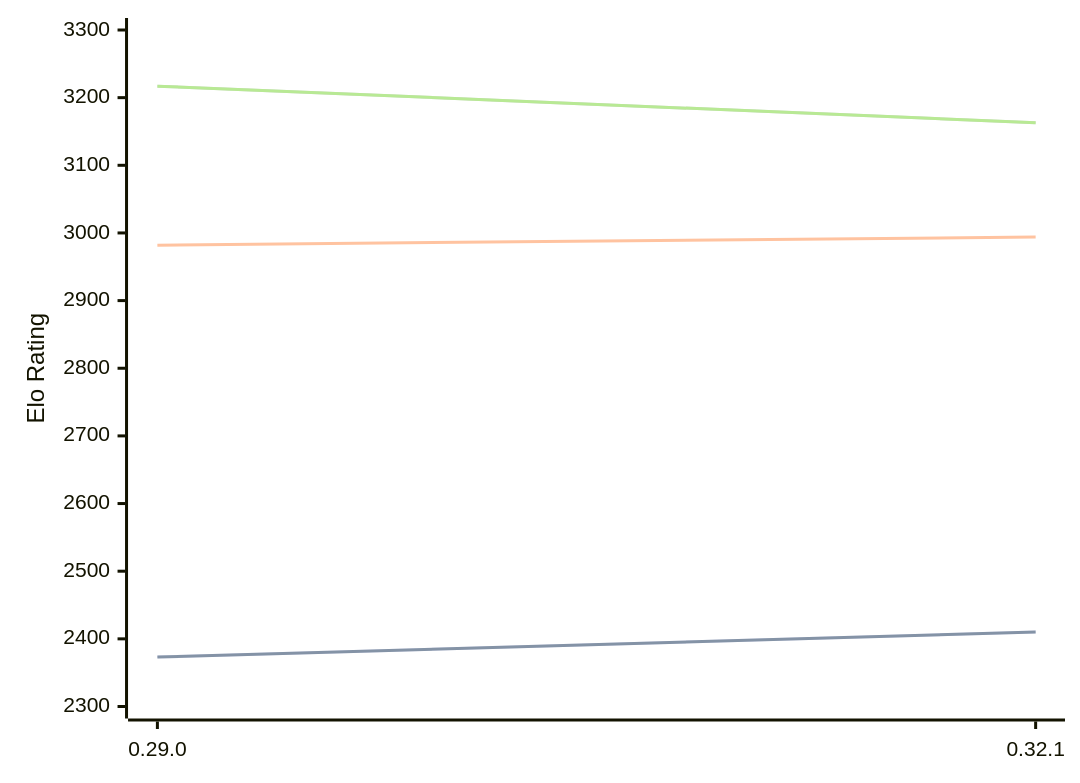
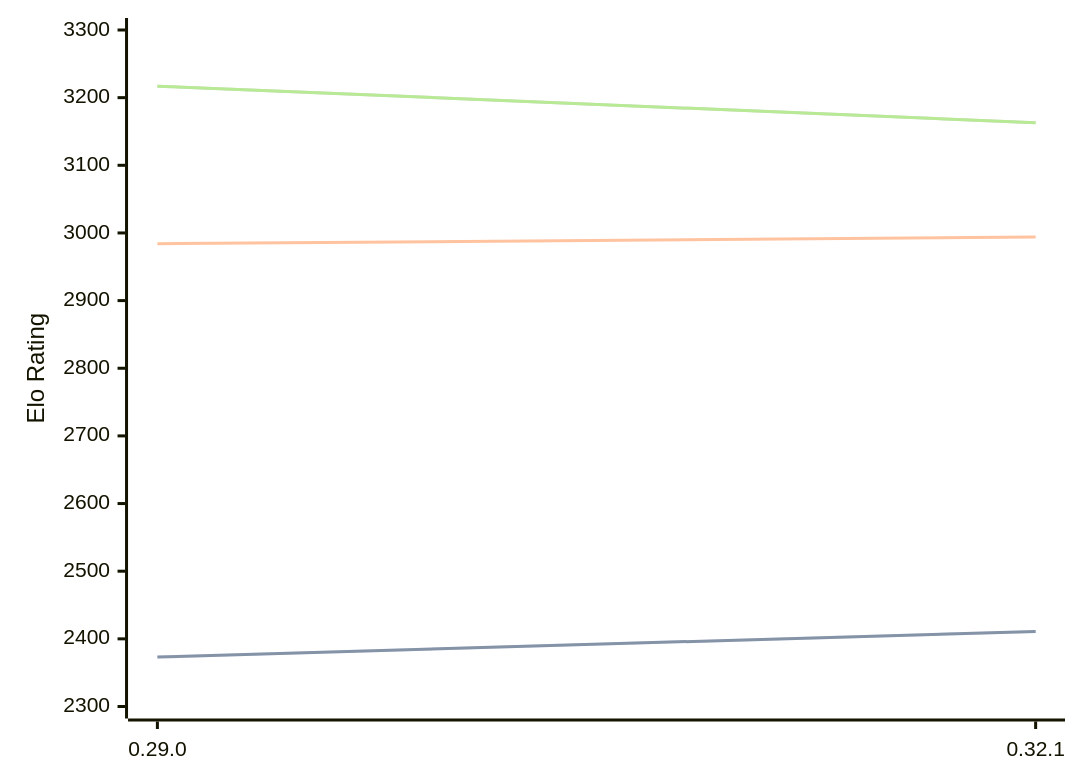
The diagram in engines/Lc0.md (computer-chess-index/cci), drawn with Mermaid before and after one commit. The commit also changed other lines of this file, not shown here.

````diff
--- a/engines/Lc0.md
+++ b/engines/Lc0.md
@@ -68,11 +68,11 @@
 ```mermaid
 %%{init: {"theme":"base","themeVariables":{"seriesColors:['#a3a3a3','#222221','#faa371']}}}%%
 xychart-beta
   x-axis ["0.29.0", "0.32.1"]
   y-axis "Elo Rating" 2300 --> 3300
-  line "STC (8.0+0.08s)" [2373, 2410]
-  line "STC (8.0+0.08s)" [2373, 2410]
-  line "LTC (60.0+0.60s)" [2982, 2994]
+  line "STC (8.0+0.08s)" [2373, 2411]
+  line "STC (8.0+0.08s)" [2373, 2411]
+  line "LTC (60.0+0.60s)" [2984, 2994]
   line "VLTC (2m24s+1.12s)" [3217, 3163]
   line "VLTC (2m24s+1.12s)" [3217, 3163]
 ```
````
